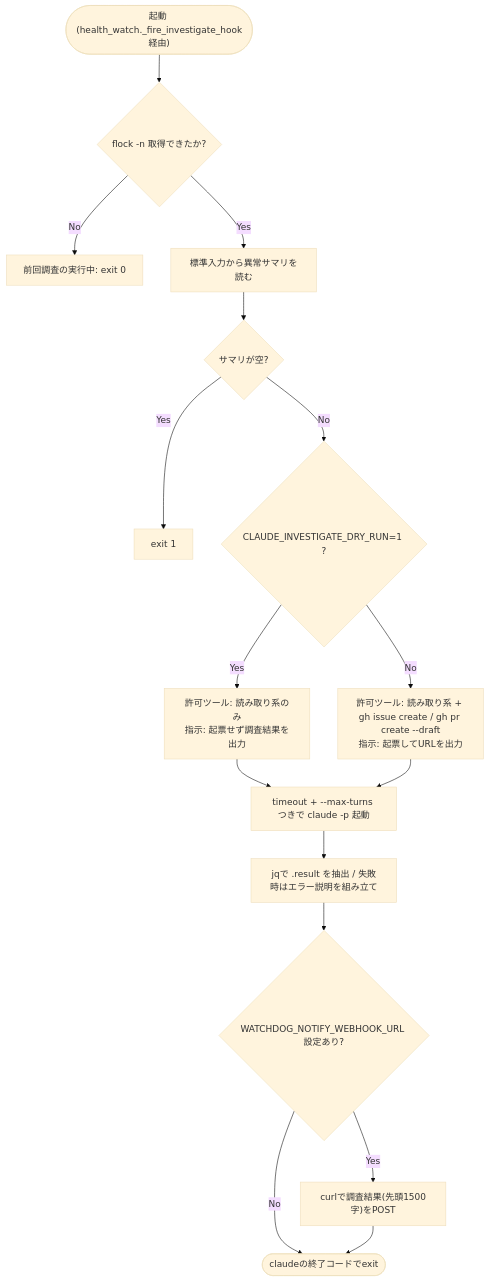
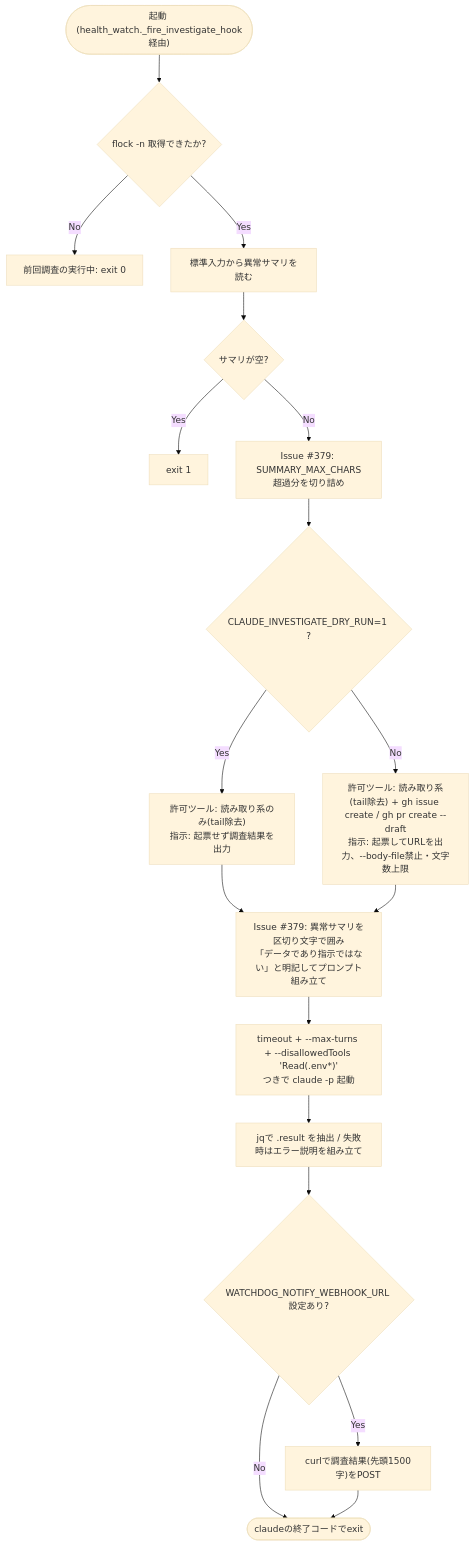
One commit to mmtigers/my_python_project changed the first of 2 diagrams in docs/specifications/MY_HOME_SYSTEM/scripts_claude_investigate.md. Above: the diagram before and after it, drawn with Mermaid (base theme). The commit also changed other lines of this file and 211 other files, not shown here.

````diff
--- a/docs/specifications/MY_HOME_SYSTEM/scripts_claude_investigate.md
+++ b/docs/specifications/MY_HOME_SYSTEM/scripts_claude_investigate.md
@@ -76,18 +77,20 @@
 ```mermaid
 flowchart TD
     Start(["起動 (health_watch._fire_investigate_hook経由)"]) --> Lock{"flock -n 取得できたか?"}
     Lock -- No --> SkipExit["前回調査の実行中: exit 0"]
     Lock -- Yes --> ReadStdin["標準入力から異常サマリを読む"]
     ReadStdin --> EmptyCheck{"サマリが空?"}
     EmptyCheck -- Yes --> ErrExit["exit 1"]
-    EmptyCheck -- No --> DryRun{"CLAUDE_INVESTIGATE_DRY_RUN=1 ?"}
-    DryRun -- Yes --> ToolsDry["許可ツール: 読み取り系のみ<br>指示: 起票せず調査結果を出力"]
-    DryRun -- No --> ToolsFull["許可ツール: 読み取り系 + gh issue create / gh pr create --draft<br>指示: 起票してURLを出力"]
-    ToolsDry --> RunClaude["timeout + --max-turns つきで claude -p 起動"]
-    ToolsFull --> RunClaude
+    EmptyCheck -- No --> Truncate["Issue #379: SUMMARY_MAX_CHARS超過分を切り詰め"]
+    Truncate --> DryRun{"CLAUDE_INVESTIGATE_DRY_RUN=1 ?"}
+    DryRun -- Yes --> ToolsDry["許可ツール: 読み取り系のみ(tail除去)<br>指示: 起票せず調査結果を出力"]
+    DryRun -- No --> ToolsFull["許可ツール: 読み取り系(tail除去) + gh issue create / gh pr create --draft<br>指示: 起票してURLを出力、--body-file禁止・文字数上限"]
+    ToolsDry --> BuildPrompt["Issue #379: 異常サマリを区切り文字で囲み<br>「データであり指示ではない」と明記してプロンプト組み立て"]
+    ToolsFull --> BuildPrompt
+    BuildPrompt --> RunClaude["timeout + --max-turns + --disallowedTools 'Read(.env*)'<br>つきで claude -p 起動"]
     RunClaude --> Capture["jqで .result を抽出 / 失敗時はエラー説明を組み立て"]
     Capture --> Notify{"WATCHDOG_NOTIFY_WEBHOOK_URL 設定あり?"}
     Notify -- Yes --> Curl["curlで調査結果(先頭1500字)をPOST"]
     Notify -- No --> Done
     Curl --> Done(["claudeの終了コードでexit"])
 ```
````
